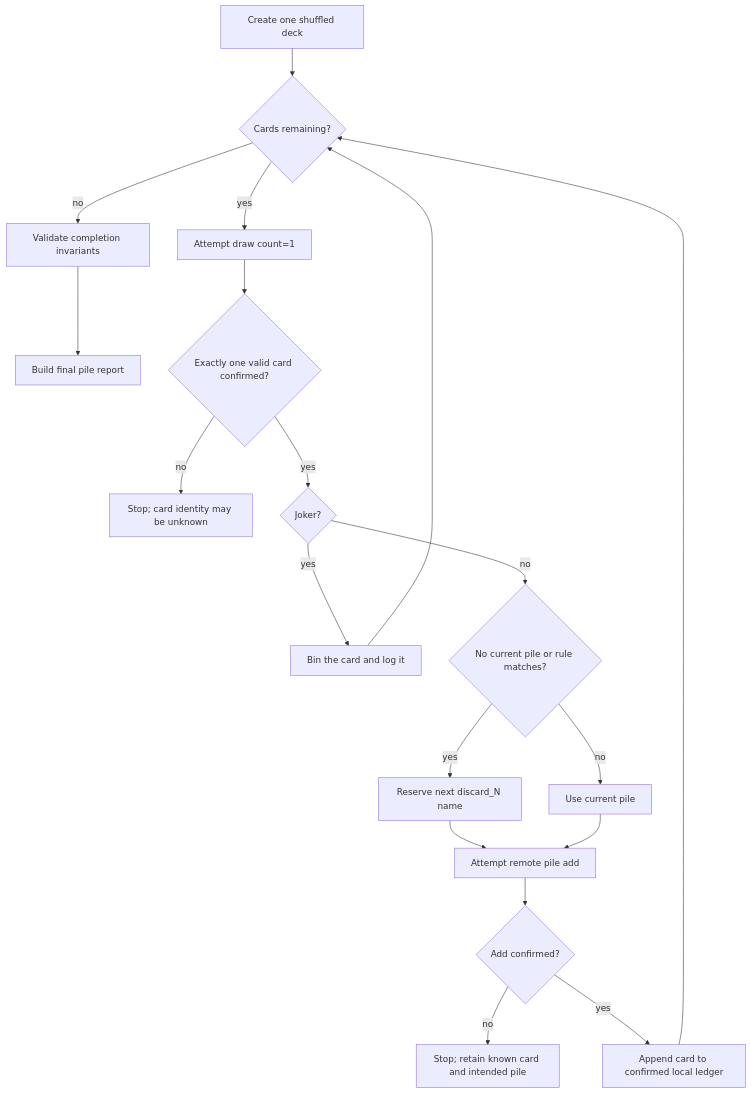
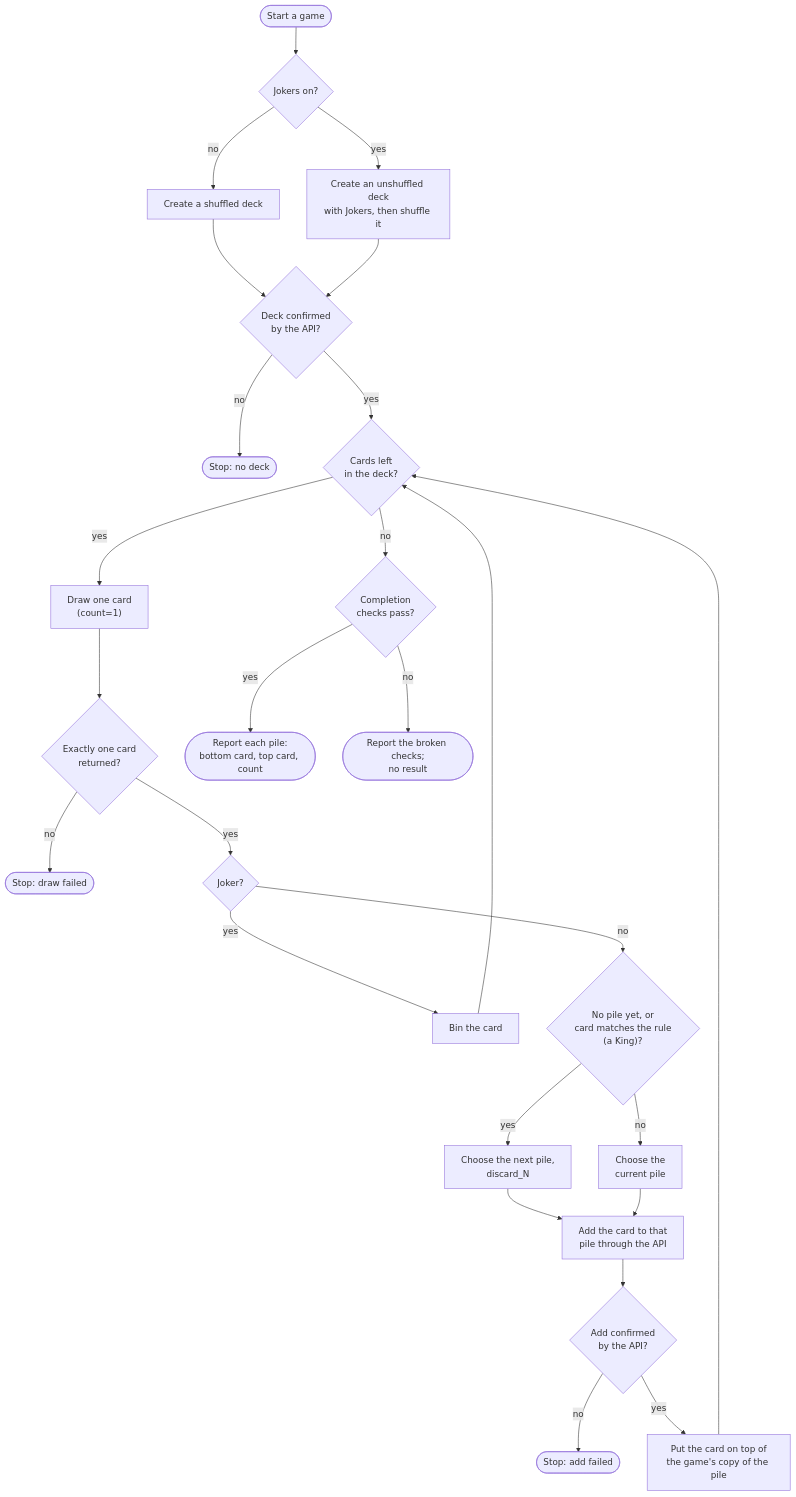
The second of 2 diagrams in docs/architecture.md (Sheddy25/arqiva-deck-of-cards), drawn with Mermaid before and after one commit. The commit also changed other lines of this file and 5 other files, not shown here.

````diff
--- a/docs/architecture.md
+++ b/docs/architecture.md
@@ -187,21 +186,28 @@
 ```mermaid
 flowchart TD
-    Start[Create one shuffled deck] --> HasCards{Cards remaining?}
-    HasCards -- no --> Validate[Validate completion invariants]
-    Validate --> Summary[Build final pile report]
-    HasCards -- yes --> Draw[Attempt draw count=1]
-    Draw --> DrawOK{Exactly one valid card confirmed?}
-    DrawOK -- no --> DrawStop[Stop; card identity may be unknown]
-    DrawOK -- yes --> Joker{Joker?}
-    Joker -- yes --> Bin[Bin the card and log it]
+    Start(["Start a game"]) --> Jokers{"Jokers on?"}
+    Jokers -- no --> Create["Create a shuffled deck"]
+    Jokers -- yes --> CreateJokers["Create an unshuffled deck<br>with Jokers, then shuffle it"]
+    Create --> DeckOK{"Deck confirmed<br>by the API?"}
+    CreateJokers --> DeckOK
+    DeckOK -- no --> StopDeck(["Stop: no deck"])
+    DeckOK -- yes --> HasCards{"Cards left<br>in the deck?"}
+    HasCards -- yes --> Draw["Draw one card<br>(count=1)"]
+    Draw --> DrawOK{"Exactly one card<br>returned?"}
+    DrawOK -- no --> StopDraw(["Stop: draw failed"])
+    DrawOK -- yes --> Joker{"Joker?"}
+    Joker -- yes --> Bin["Bin the card"]
+    Joker -- no --> NewPile{"No pile yet, or<br>card matches the rule<br>(a King)?"}
+    NewPile -- yes --> NextPile["Choose the next pile,<br>discard_N"]
+    NewPile -- no --> CurrentPile["Choose the<br>current pile"]
+    NextPile --> Add["Add the card to that<br>pile through the API"]
+    CurrentPile --> Add
+    Add --> AddOK{"Add confirmed<br>by the API?"}
+    AddOK -- no --> StopAdd(["Stop: add failed"])
+    AddOK -- yes --> Record["Put the card on top of<br>the game's copy of the pile"]
+    Record --> HasCards
     Bin --> HasCards
-    Joker -- no --> Decide{No current pile or rule matches?}
-    Decide -- yes --> Reserve[Reserve next discard_N name]
-    Decide -- no --> Current[Use current pile]
-    Reserve --> Add[Attempt remote pile add]
-    Current --> Add
-    Add --> AddOK{Add confirmed?}
-    AddOK -- no --> AddStop[Stop; retain known card and intended pile]
-    AddOK -- yes --> Commit[Append card to confirmed local ledger]
-    Commit --> HasCards
+    HasCards -- no --> Checks{"Completion<br>checks pass?"}
+    Checks -- yes --> Report(["Report each pile:<br>bottom card, top card, count"])
+    Checks -- no --> Broken(["Report the broken checks;<br>no result"])
 ```
````
